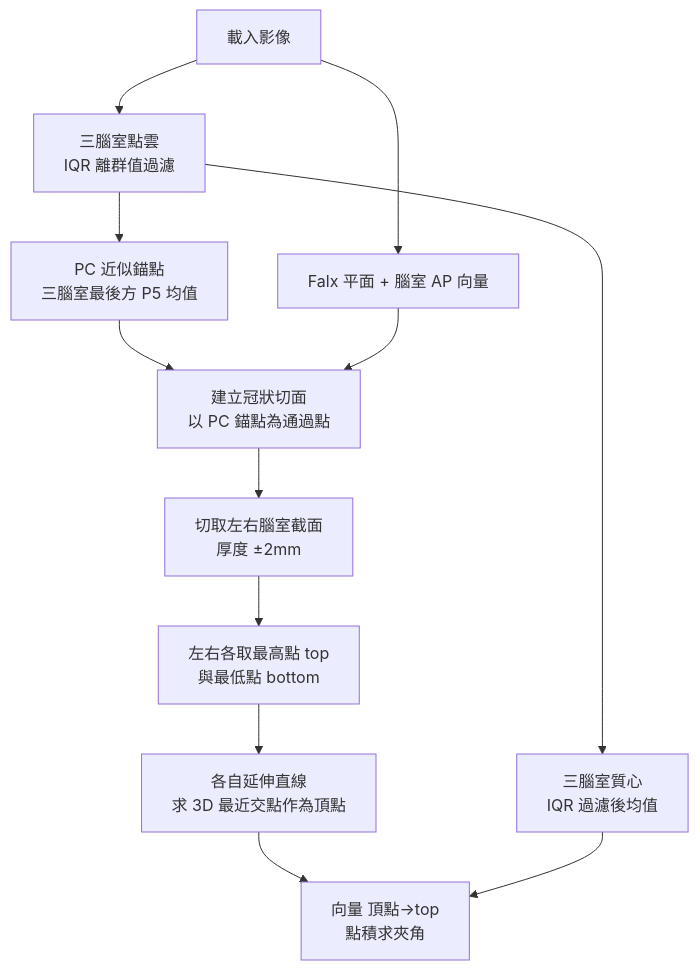
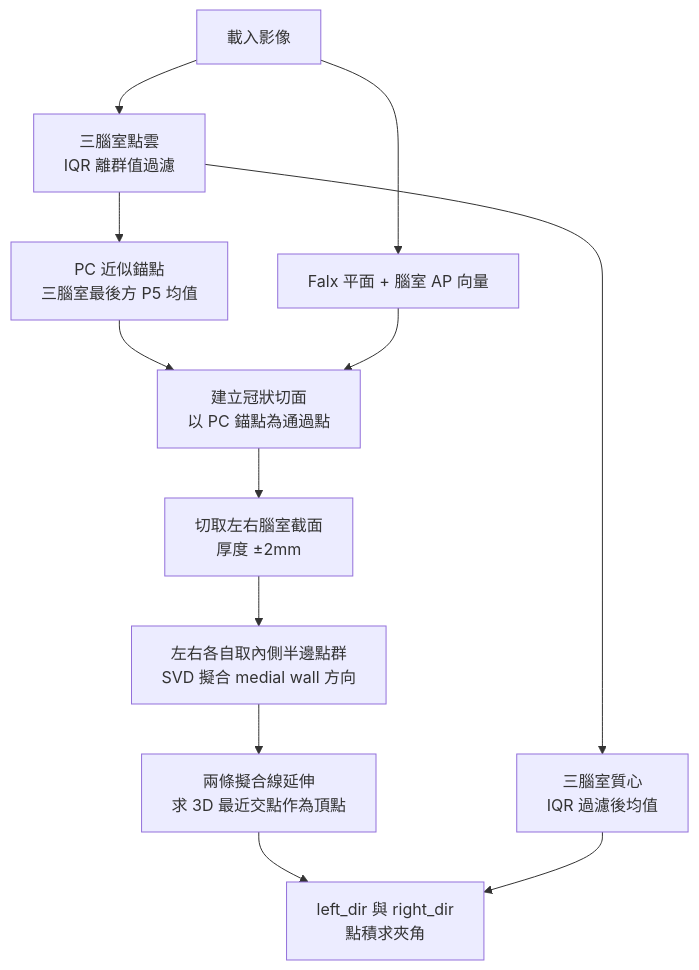
Before and after one commit to Jimmyluluu/3d-nph-indicators: the third of 4 diagrams in docs/ALGORITHMS.md, drawn with Mermaid. The commit also changed other lines of this file and 10 other files, not shown here.

````diff
--- a/docs/ALGORITHMS.md
+++ b/docs/ALGORITHMS.md
@@ -291,14 +293,14 @@
 ```mermaid
 flowchart TD
     A[載入影像] --> B[三腦室點雲\nIQR 離群值過濾]
     B --> C[PC 近似錨點\n三腦室最後方 P5 均值]
     B --> D[三腦室質心\nIQR 過濾後均值]
     A --> E[Falx 平面 + 腦室 AP 向量]
     C --> F[建立冠狀切面\n以 PC 錨點為通過點]
     E --> F
     F --> G[切取左右腦室截面\n厚度 ±2mm]
-    G --> H[左右各取最高點 top\n與最低點 bottom]
-    H --> I[各自延伸直線\n求 3D 最近交點作為頂點]
-    I --> J[向量 頂點→top\n點積求夾角]
+    G --> H[左右各自取內側半邊點群\nSVD 擬合 medial wall 方向]
+    H --> I[兩條擬合線延伸\n求 3D 最近交點作為頂點]
+    I --> J[left_dir 與 right_dir\n點積求夾角]
     D --> J
 ```
````
